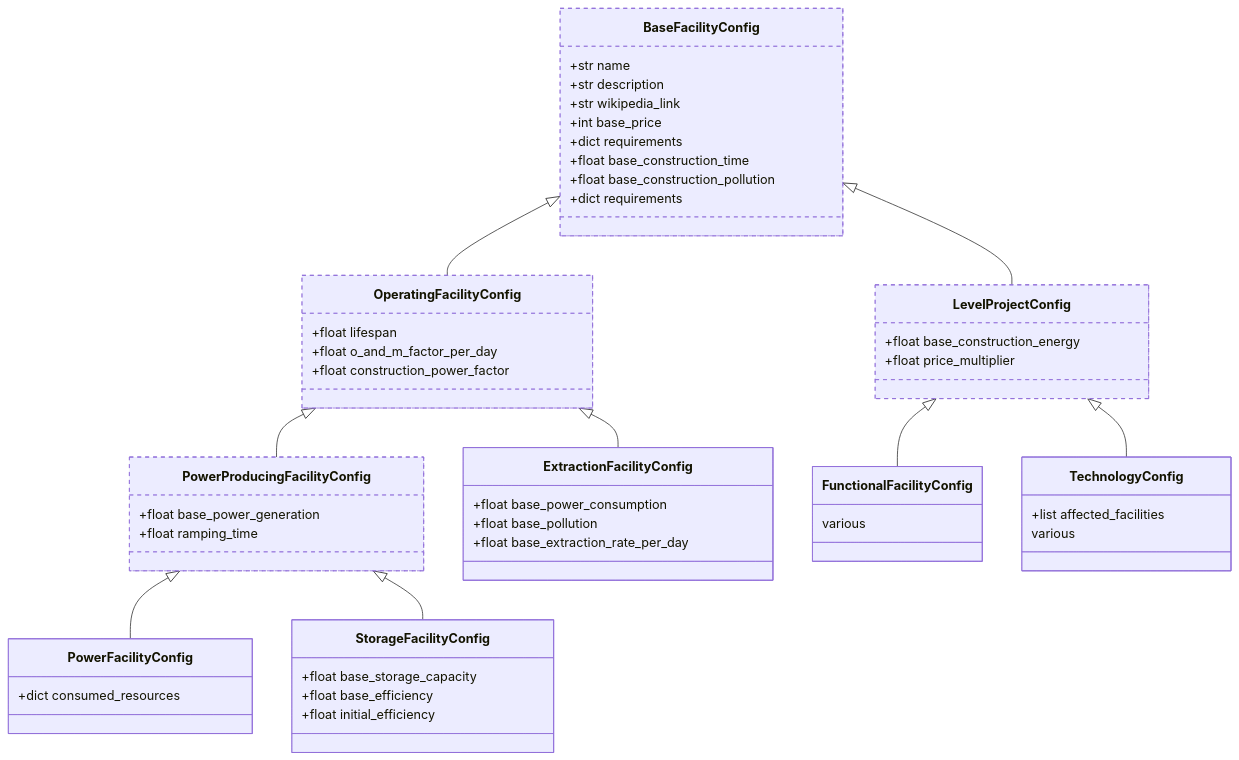
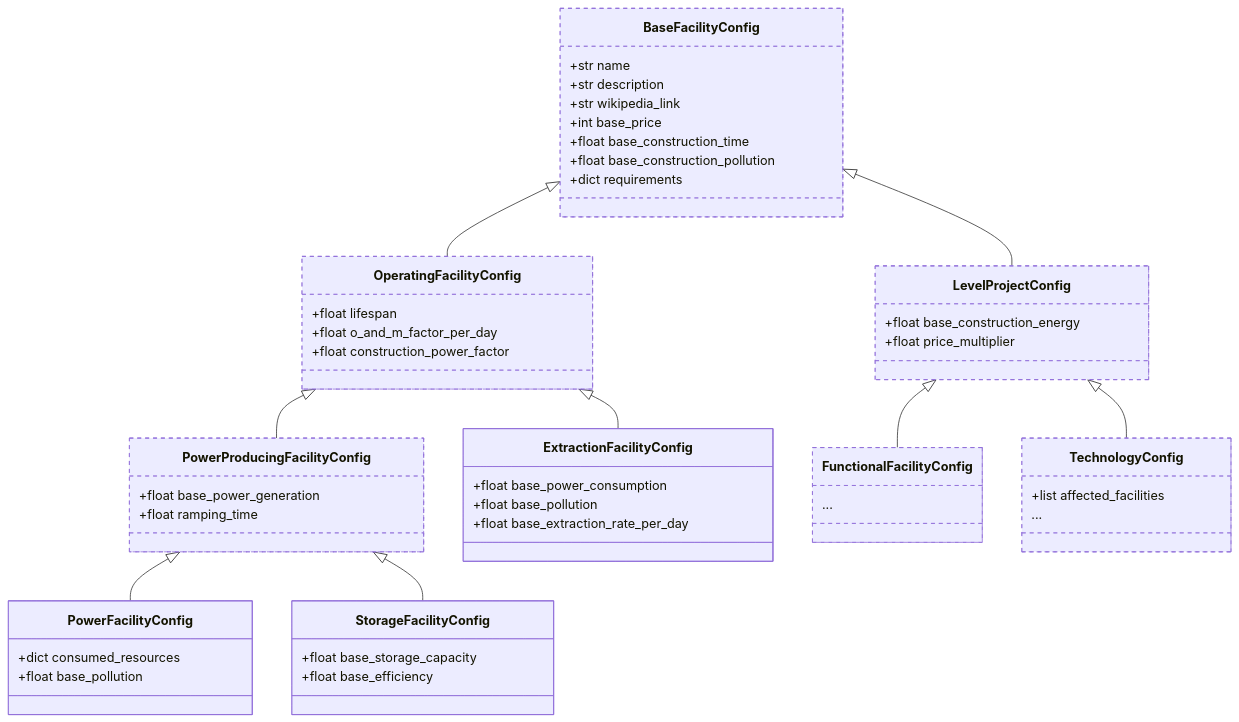
The diagram in energetica/config/README.md (felixvonsamson/Energetica), drawn with Mermaid before and after one commit. The commit also changed other lines of this file and 1 other file, not shown here.

Commit message:
docs(config): update README and power facility

````diff
--- a/energetica/config/README.md
+++ b/energetica/config/README.md
@@ -32,55 +38,54 @@
 ```mermaid
 classDiagram
     class BaseFacilityConfig:::abstract {
         +str name
         +str description
         +str wikipedia_link
         +int base_price
-        +dict requirements
         +float base_construction_time
         +float base_construction_pollution
         +dict requirements
     }
     class OperatingFacilityConfig:::abstract {
         +float lifespan
         +float o_and_m_factor_per_day
         +float construction_power_factor
     }
     class PowerProducingFacilityConfig:::abstract {
         +float base_power_generation
         +float ramping_time
     }
     class LevelProjectConfig:::abstract {
         +float base_construction_energy
         +float price_multiplier
     }
-    class PowerFacilityConfig:::final {
+    class PowerFacilityConfig:::concrete {
         +dict consumed_resources
+        +float base_pollution
     }
-    class StorageFacilityConfig:::final {
+    class StorageFacilityConfig:::concrete {
         +float base_storage_capacity
         +float base_efficiency
-        +float initial_efficiency
     }
-    class ExtractionFacilityConfig:::final {
+    class ExtractionFacilityConfig:::concrete {
         +float base_power_consumption
         +float base_pollution
         +float base_extraction_rate_per_day
     }
-    class FunctionalFacilityConfig:::final {
-        various
+    class FunctionalFacilityConfig:::abstract {
+        ...
     }
-    class TechnologyConfig:::final {
+    class TechnologyConfig:::abstract {
         +list affected_facilities
-        various
+        ...
     }
     BaseFacilityConfig <|-- OperatingFacilityConfig
     OperatingFacilityConfig <|-- PowerProducingFacilityConfig
     PowerProducingFacilityConfig <|-- PowerFacilityConfig
     PowerProducingFacilityConfig <|-- StorageFacilityConfig
     OperatingFacilityConfig <|-- ExtractionFacilityConfig
     BaseFacilityConfig <|-- LevelProjectConfig
     LevelProjectConfig <|-- FunctionalFacilityConfig
     LevelProjectConfig <|-- TechnologyConfig
     classDef abstract stroke:#cc,stroke-dasharray: 5 5;
 ```
````
